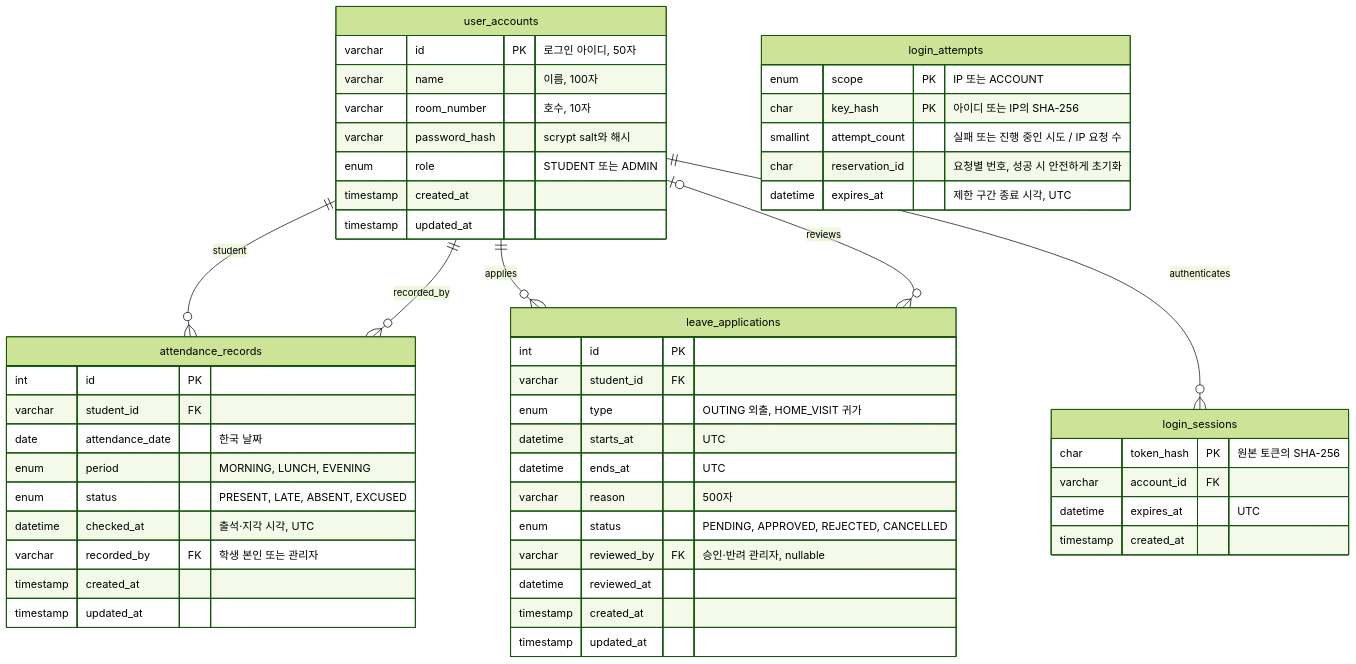
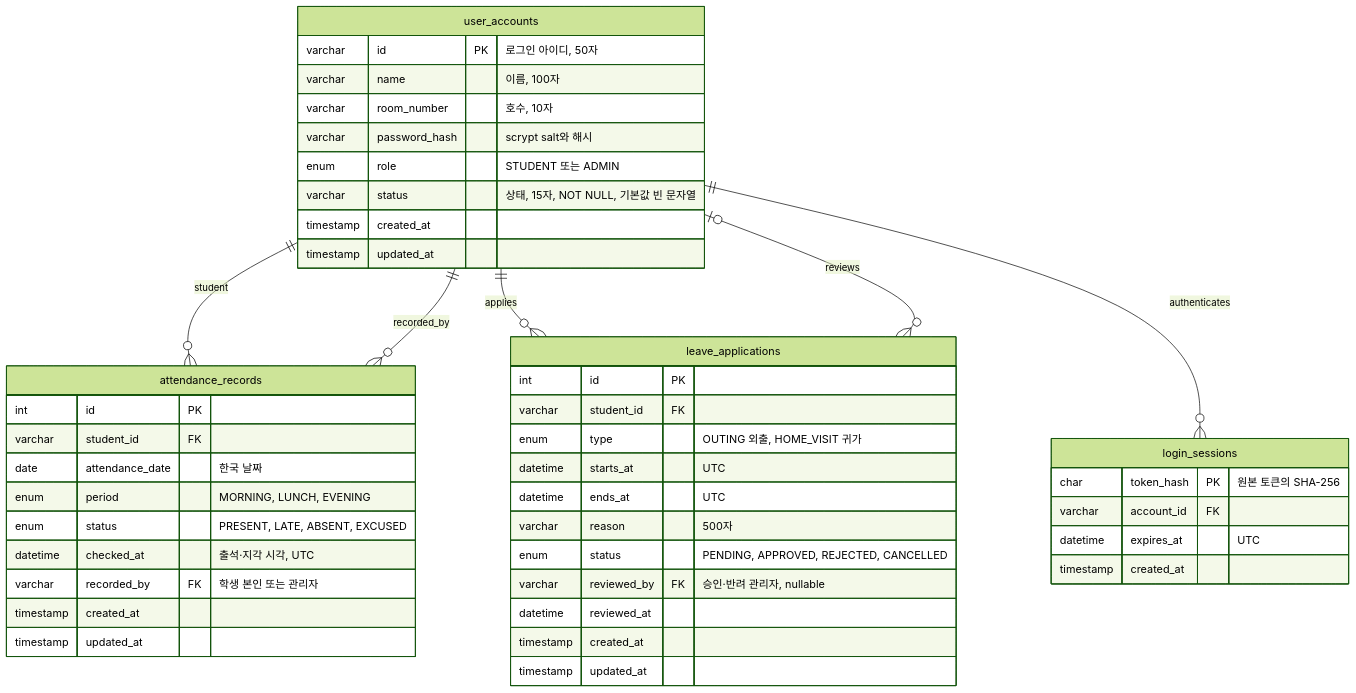
One commit to Jun4848/Mentos changed the diagram in Backend/docs/ERD.md. Above: the diagram before and after it, drawn with Mermaid (forest theme). The commit also changed other lines of this file and 40 other files, not shown here.

````diff
--- a/Backend/docs/ERD.md
+++ b/Backend/docs/ERD.md
@@ -11,55 +12,49 @@
 ```mermaid
 erDiagram
     user_accounts ||--o{ attendance_records : student
     user_accounts ||--o{ attendance_records : recorded_by
     user_accounts ||--o{ leave_applications : applies
     user_accounts o|--o{ leave_applications : reviews
     user_accounts ||--o{ login_sessions : authenticates
 
     user_accounts {
         varchar id PK "로그인 아이디, 50자"
         varchar name "이름, 100자"
         varchar room_number "호수, 10자"
         varchar password_hash "scrypt salt와 해시"
         enum role "STUDENT 또는 ADMIN"
+        varchar status "상태, 15자, NOT NULL, 기본값 빈 문자열"
         timestamp created_at
         timestamp updated_at
     }
     attendance_records {
         int id PK
         varchar student_id FK
         date attendance_date "한국 날짜"
         enum period "MORNING, LUNCH, EVENING"
         enum status "PRESENT, LATE, ABSENT, EXCUSED"
         datetime checked_at "출석·지각 시각, UTC"
         varchar recorded_by FK "학생 본인 또는 관리자"
         timestamp created_at
         timestamp updated_at
     }
     leave_applications {
         int id PK
         varchar student_id FK
         enum type "OUTING 외출, HOME_VISIT 귀가"
         datetime starts_at "UTC"
         datetime ends_at "UTC"
         varchar reason "500자"
         enum status "PENDING, APPROVED, REJECTED, CANCELLED"
         varchar reviewed_by FK "승인·반려 관리자, nullable"
         datetime reviewed_at
         timestamp created_at
         timestamp updated_at
     }
     login_sessions {
         char token_hash PK "원본 토큰의 SHA-256"
         varchar account_id FK
         datetime expires_at "UTC"
         timestamp created_at
     }
-    login_attempts {
-        enum scope PK "IP 또는 ACCOUNT"
-        char key_hash PK "아이디 또는 IP의 SHA-256"
-        smallint attempt_count "실패 또는 진행 중인 시도 / IP 요청 수"
-        char reservation_id "요청별 번호, 성공 시 안전하게 초기화"
-        datetime expires_at "제한 구간 종료 시각, UTC"
-    }
 ```
````
